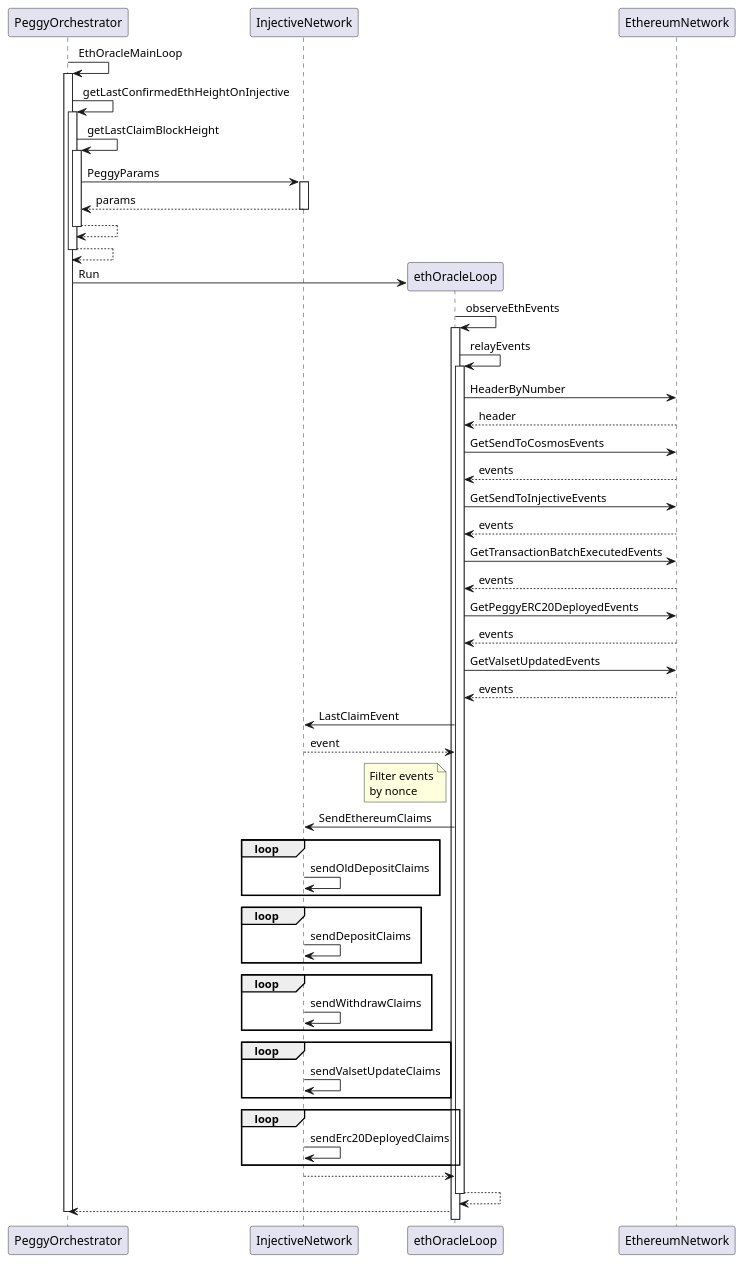
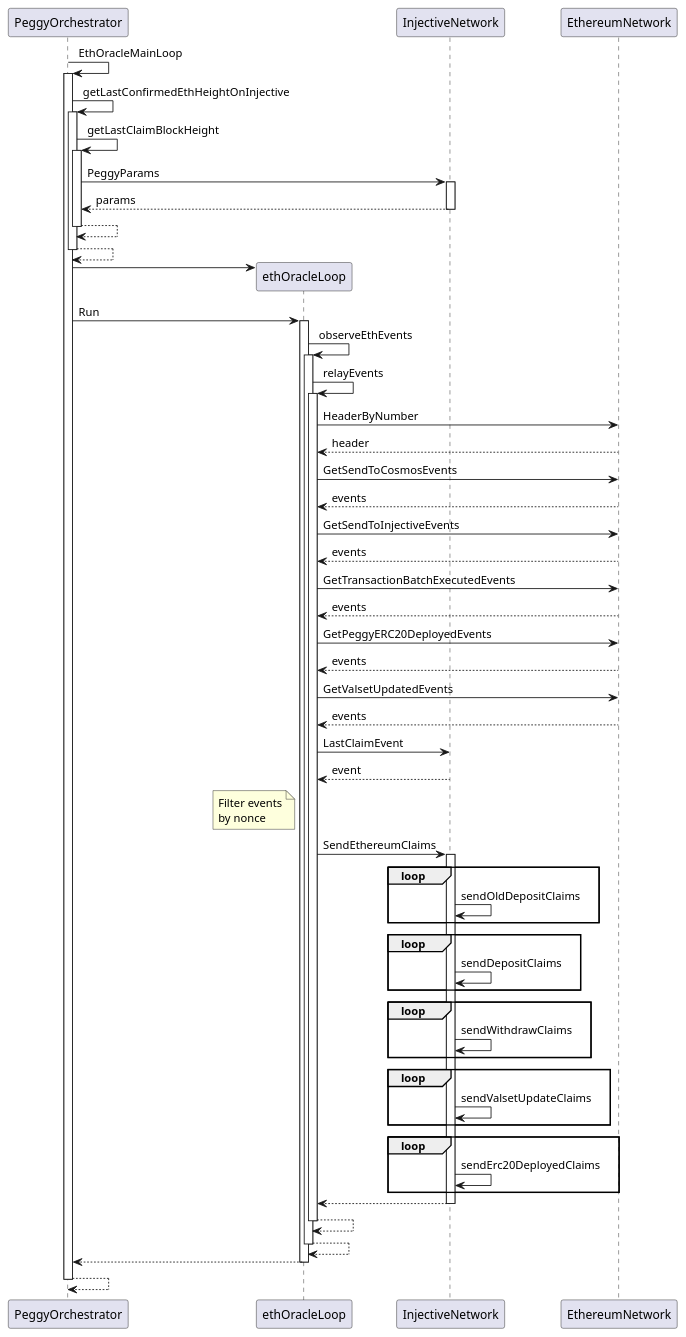
One commit to InjectiveLabs/peggo changed the diagram in uml/EthOracleMainLoop.puml. Above: the diagram before and after it, drawn with PlantUML.

Commit message:
(fix) Fixed identation

```diff
--- a/uml/EthOracleMainLoop.puml
+++ b/uml/EthOracleMainLoop.puml
@@ -1,62 +1,60 @@
 @startuml
 'https://plantuml.com/sequence-diagram
 
 participant PeggyOrchestrator as peggo
+participant ethOracleLoop
 participant InjectiveNetwork as injective
-participant ethOracleLoop
 participant EthereumNetwork as ethereum
 
 peggo -> peggo ++: EthOracleMainLoop
-peggo -> peggo ++ : getLastConfirmedEthHeightOnInjective
-peggo -> peggo ++ : getLastClaimBlockHeight
-peggo -> injective ++ : PeggyParams
-return params
-return
-return
-peggo -> ethOracleLoop ** : Run
-ethOracleLoop -> ethOracleLoop ++ : observeEthEvents
-ethOracleLoop -> ethOracleLoop ++ : relayEvents
+    peggo -> peggo ++ : getLastConfirmedEthHeightOnInjective
+        peggo -> peggo ++ : getLastClaimBlockHeight
+            peggo -> injective ++ : PeggyParams
+            return params
+           return
+    return
+    peggo -> ethOracleLoop **
+    peggo -> ethOracleLoop ++ : Run
+        ethOracleLoop -> ethOracleLoop ++ : observeEthEvents
+            ethOracleLoop -> ethOracleLoop ++ : relayEvents
+                ethOracleLoop -> ethereum : HeaderByNumber
+                ethOracleLoop <-- ethereum : header
+                ethOracleLoop -> ethereum : GetSendToCosmosEvents
+                ethOracleLoop <-- ethereum : events
+                ethOracleLoop -> ethereum : GetSendToInjectiveEvents
+                ethOracleLoop <-- ethereum : events
+                ethOracleLoop -> ethereum : GetTransactionBatchExecutedEvents
+                ethOracleLoop <-- ethereum : events
+                ethOracleLoop -> ethereum : GetPeggyERC20DeployedEvents
+                ethOracleLoop <-- ethereum : events
+                ethOracleLoop -> ethereum : GetValsetUpdatedEvents
+                ethOracleLoop <-- ethereum : events
 
-ethOracleLoop -> ethereum : HeaderByNumber
-ethOracleLoop <-- ethereum : header
-ethOracleLoop -> ethereum : GetSendToCosmosEvents
-ethOracleLoop <-- ethereum : events
-ethOracleLoop -> ethereum : GetSendToInjectiveEvents
-ethOracleLoop <-- ethereum : events
-ethOracleLoop -> ethereum : GetTransactionBatchExecutedEvents
-ethOracleLoop <-- ethereum : events
-ethOracleLoop -> ethereum : GetPeggyERC20DeployedEvents
-ethOracleLoop <-- ethereum : events
-ethOracleLoop -> ethereum : GetValsetUpdatedEvents
-ethOracleLoop <-- ethereum : events
+                ethOracleLoop -> injective : LastClaimEvent
+                ethOracleLoop <-- injective : event
 
-ethOracleLoop -> injective : LastClaimEvent
-ethOracleLoop <-- injective : event
+                note left ethOracleLoop: Filter events\nby nonce
 
-note left ethOracleLoop: Filter events\nby nonce
-
-ethOracleLoop -> injective : SendEthereumClaims
-loop
-    injective -> injective : sendOldDepositClaims
-end
-loop
-    injective -> injective : sendDepositClaims
-end
-loop
-    injective -> injective : sendWithdrawClaims
-end
-loop
-    injective -> injective : sendValsetUpdateClaims
-end
-loop
-    injective -> injective : sendErc20DeployedClaims
-end
-ethOracleLoop <-- injective
-
+                ethOracleLoop -> injective ++ : SendEthereumClaims
+                    loop
+                        injective -> injective : sendOldDepositClaims
+                    end
+                    loop
+                        injective -> injective : sendDepositClaims
+                    end
+                    loop
+                        injective -> injective : sendWithdrawClaims
+                    end
+                    loop
+                        injective -> injective : sendValsetUpdateClaims
+                    end
+                    loop
+                        injective -> injective : sendErc20DeployedClaims
+                    end
+                return
+            return
+        return
+    return
 return
 
-peggo <-- ethOracleLoop
-deactivate peggo
-
-
 @enduml
```
